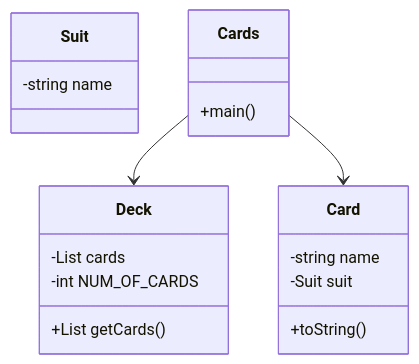
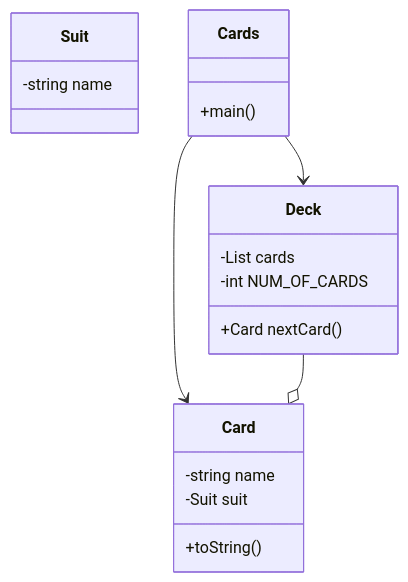
One commit to kaimanbrown/apprentice-boot-camp-fundamentals-1 changed the diagram in exercises/java/src/main/java/cards/design.md. Above: the diagram before and after it, drawn with Mermaid. The commit also changed 2 other files, not shown here.

Commit message:
Introduce a deck class
- [X] Change suit from int to String in PlayingCard
- [X] Create PlayingCard.toString()
- [x] Introduce Suit Class
- [x] Introduce a Deck Class
- [ ] Move to Java 21 - So we can use RemoveFirst method
- [ ] Remove Switch statement assigning suits.

````diff
--- a/exercises/java/src/main/java/cards/design.md
+++ b/exercises/java/src/main/java/cards/design.md
@@ -2,22 +2,23 @@
 ```mermaid
 classDiagram
     class Suit{
         -string name
     }
     class Card{
         -string name
         -Suit suit
         +toString()
     }
     class Deck {
         -List<Card> cards
         -int NUM_OF_CARDS
         
-        +List<Card> getCards()
+        +Card nextCard()
     }
     class Cards {
         +main()
     }
     Cards --> Deck
     Cards --> Card
+    Deck --o Card
 ```
````
